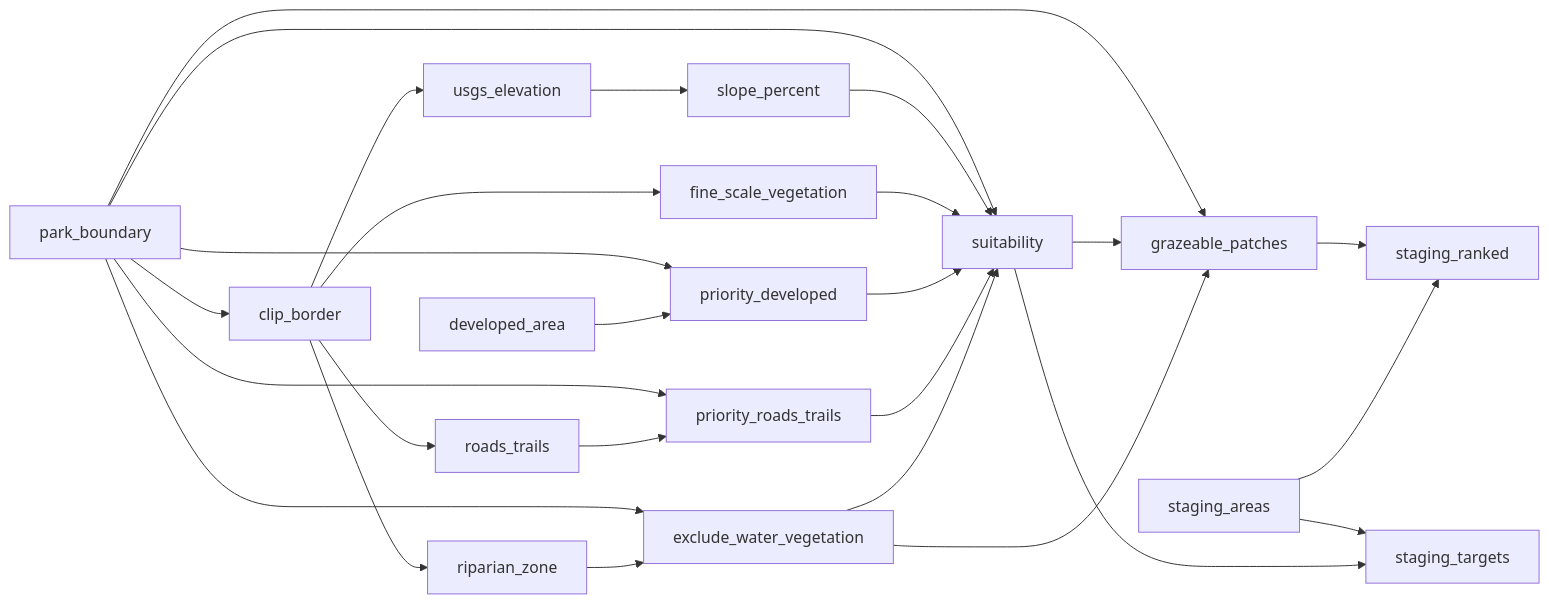
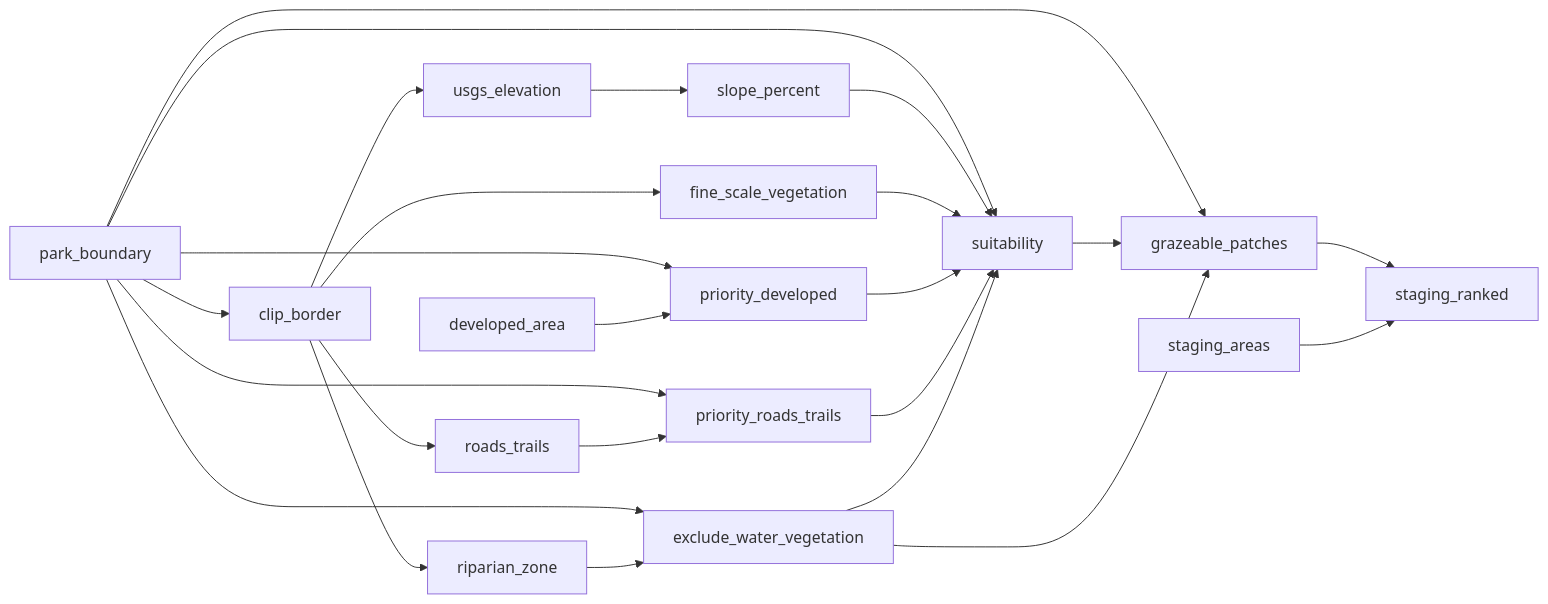
The diagram in projects/goats/README.md (kielni/alidade), drawn with Mermaid before and after one commit. The commit also changed other lines of this file and 13 other files, not shown here.

````diff
--- a/projects/goats/README.md
+++ b/projects/goats/README.md
@@ -106,28 +105,26 @@
 ```mermaid
 flowchart LR
     grazeable_patches --> staging_ranked
     staging_areas --> staging_ranked
     park_boundary --> clip_border
-    staging_areas --> staging_targets
-    suitability --> staging_targets
     park_boundary --> grazeable_patches
     suitability --> grazeable_patches
     exclude_water_vegetation --> grazeable_patches
     park_boundary --> exclude_water_vegetation
     riparian_zone --> exclude_water_vegetation
     park_boundary --> priority_roads_trails
     roads_trails --> priority_roads_trails
     park_boundary --> priority_developed
     developed_area --> priority_developed
     clip_border --> riparian_zone
     clip_border --> roads_trails
     usgs_elevation --> slope_percent
     clip_border --> usgs_elevation
     clip_border --> fine_scale_vegetation
     park_boundary --> suitability
     slope_percent --> suitability
     fine_scale_vegetation --> suitability
     priority_developed --> suitability
     priority_roads_trails --> suitability
     exclude_water_vegetation --> suitability
 ```
````
